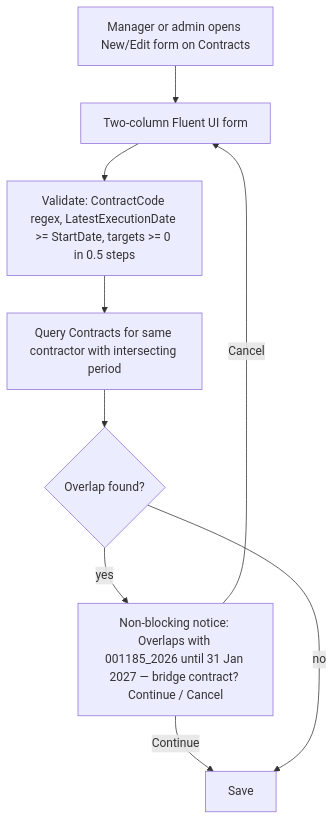
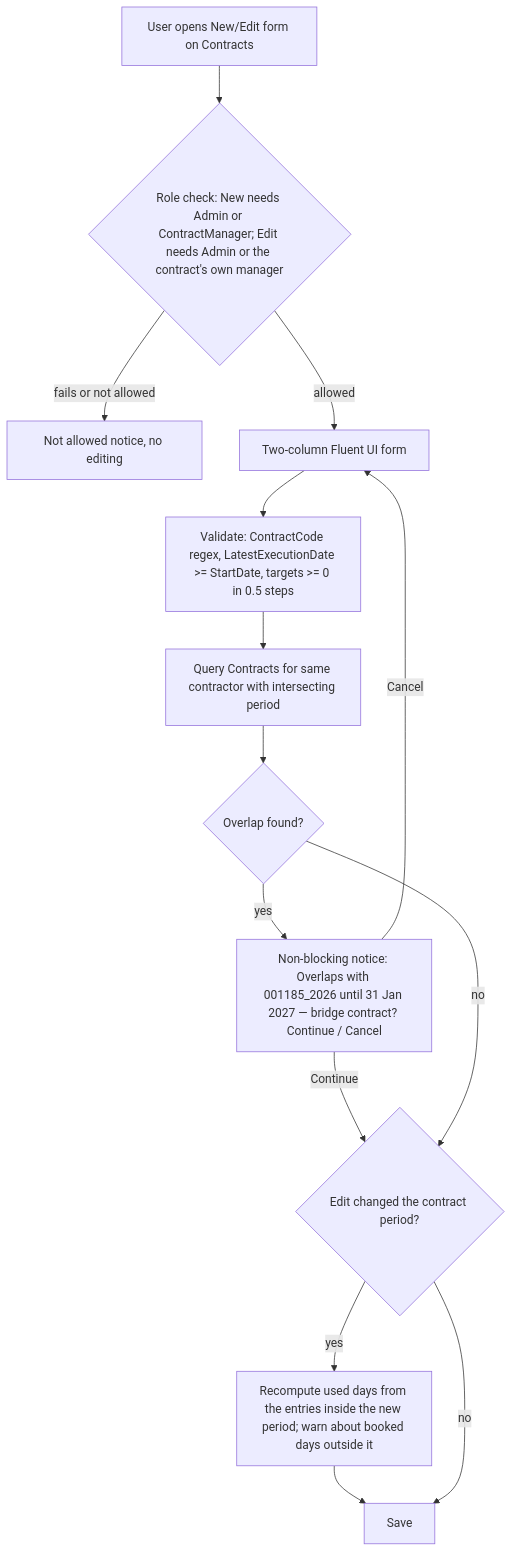
One commit to Sartor87/orpheus-systems-sharepoint changed the second of 2 diagrams in architecture/02-phase-b-business-architecture.md. Above: the diagram before and after it, drawn with Mermaid. The commit also changed other lines of this file and 12 other files, not shown here.

First line of the commit message:
docs(architecture): diagrams and ADR amendments for provisioning, roles and CI

````diff
--- a/architecture/02-phase-b-business-architecture.md
+++ b/architecture/02-phase-b-business-architecture.md
@@ -84,11 +84,16 @@
 ```mermaid
 flowchart TD
-  A[Manager or admin opens New/Edit form on Contracts] --> B[Two-column Fluent UI form]
+  A0[User opens New/Edit form on Contracts] --> R{"Role check: New needs Admin or ContractManager; Edit needs Admin or the contract's own manager"}
+  R -- "fails or not allowed" --> N[Not allowed notice, no editing]
+  R -- allowed --> B[Two-column Fluent UI form]
   B --> C[Validate: ContractCode regex, LatestExecutionDate >= StartDate, targets >= 0 in 0.5 steps]
   C --> D[Query Contracts for same contractor with intersecting period]
   D --> E{Overlap found?}
   E -- yes --> F["Non-blocking notice: Overlaps with 001185_2026 until 31 Jan 2027 — bridge contract? Continue / Cancel"]
-  F -- Continue --> G[Save]
+  F -- Continue --> P
   F -- Cancel --> B
-  E -- no --> G
+  E -- no --> P{Edit changed the contract period?}
+  P -- yes --> U["Recompute used days from the entries inside the new period; warn about booked days outside it"]
+  U --> G[Save]
+  P -- no --> G
 ```
````
